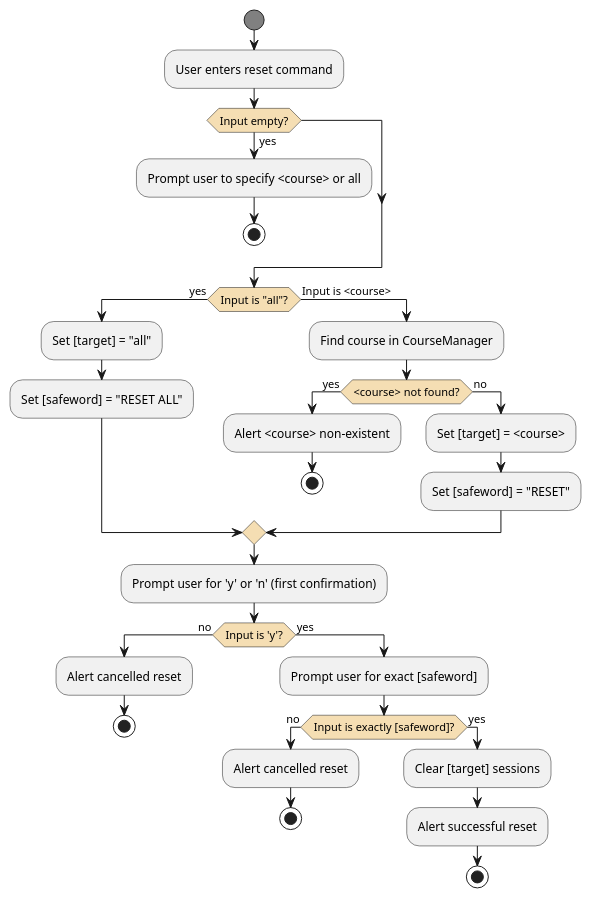
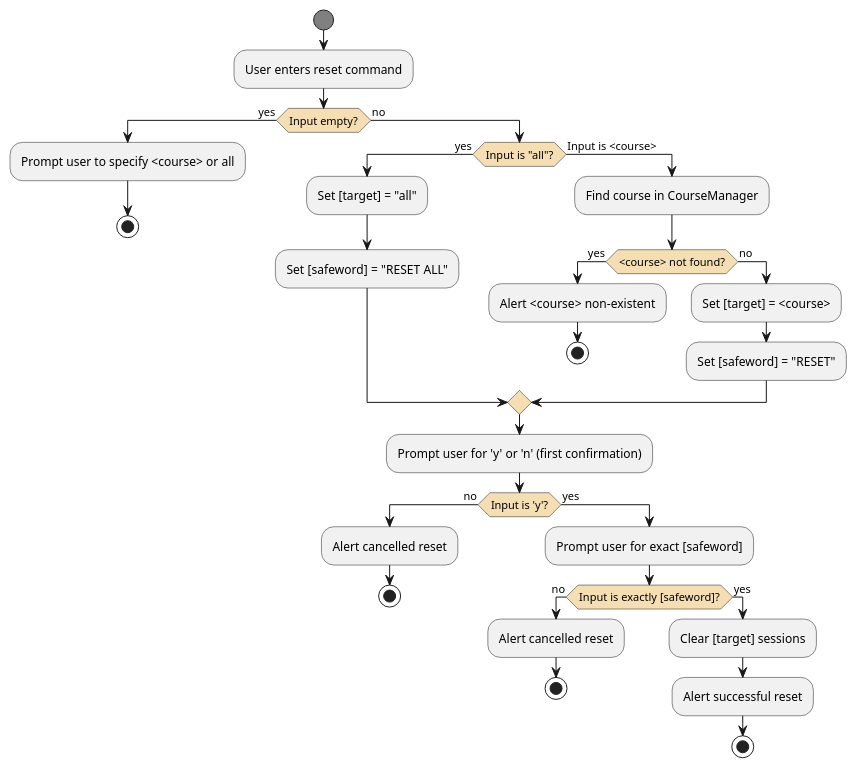
One commit to t-kandasami/tp changed the diagram in docs/diagrams/ResetFunctionDiagram.puml. Above: the diagram before and after it, drawn with PlantUML. The commit also changed 2 other files, not shown here.

Commit message:
docs: add Storage Component load sequence diagram

```diff
--- a/docs/diagrams/ResetFunctionDiagram.puml
+++ b/docs/diagrams/ResetFunctionDiagram.puml
@@ -1,53 +1,53 @@
 @startuml
-'Reset Course Hours Flow Diagram
+'https://plantuml.com/activity-diagram-beta
 
 skinparam ActivityStartColor #Gray
 skinparam ActivityEndColor #Gray
 skinparam ActivityDiamondBackgroundColor #Wheat
 skinparam Padding 1
 skinparam ParticipantPadding 1
 skinparam BoxPadding 1
 
 start
 
 :User enters reset command;
 
 if (Input empty?) then (yes)
     :Prompt user to specify <course> or all;
     stop
-endif
+else (no)
 
 if (Input is "all"?) then (yes)
     :Set [target] = "all";
     :Set [safeword] = "RESET ALL";
 
 else (Input is <course>)
     :Find course in CourseManager;
     if (<course> not found?) then (yes)
         :Alert <course> non-existent;
         stop
     else (no)
     :Set [target] = <course>;
     :Set [safeword] = "RESET";
     endif
 endif
 
 :Prompt user for 'y' or 'n' (first confirmation);
 
 if (Input is 'y'?) then (no)
     :Alert cancelled reset;
     stop
 else (yes)
 
 :Prompt user for exact [safeword];
 
 if (Input is exactly [safeword]?) then (no)
     :Alert cancelled reset;
     stop
 else (yes)
 
 :Clear [target] sessions;
 :Alert successful reset;
 
 stop
 @enduml
```
